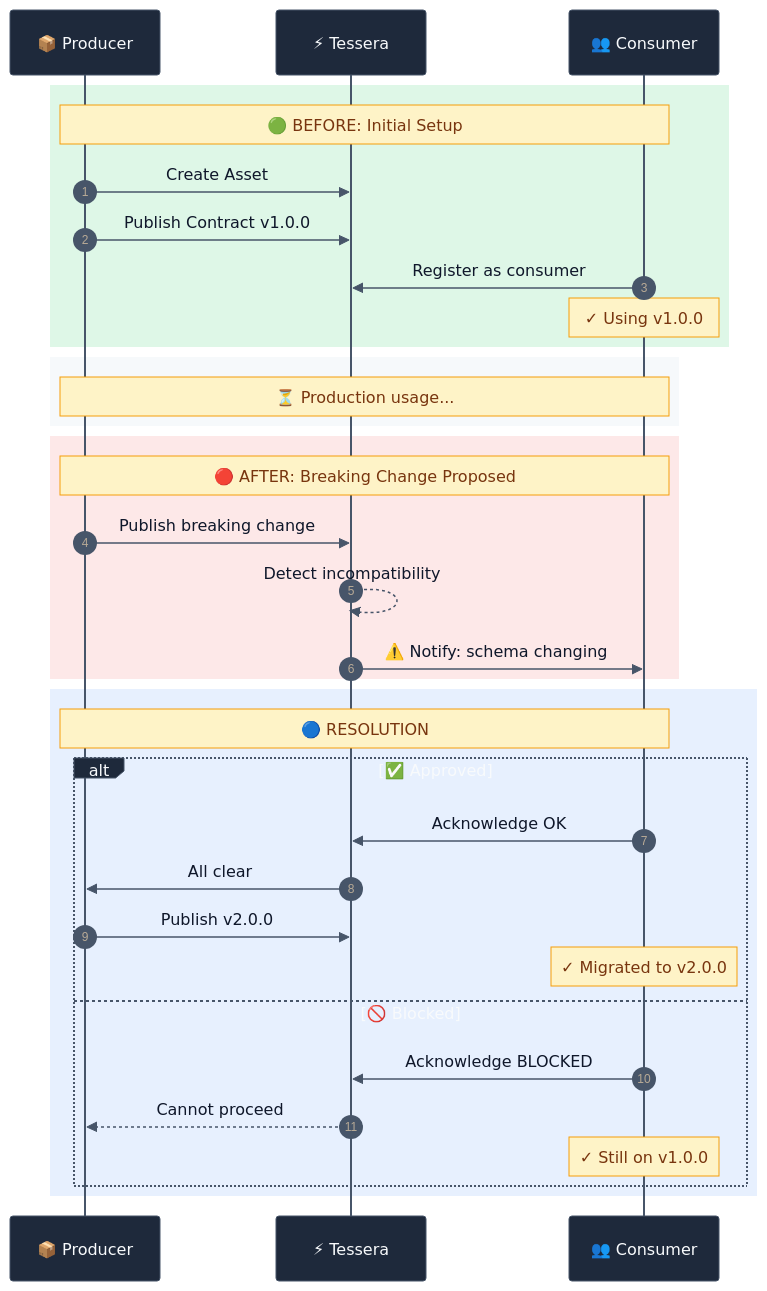
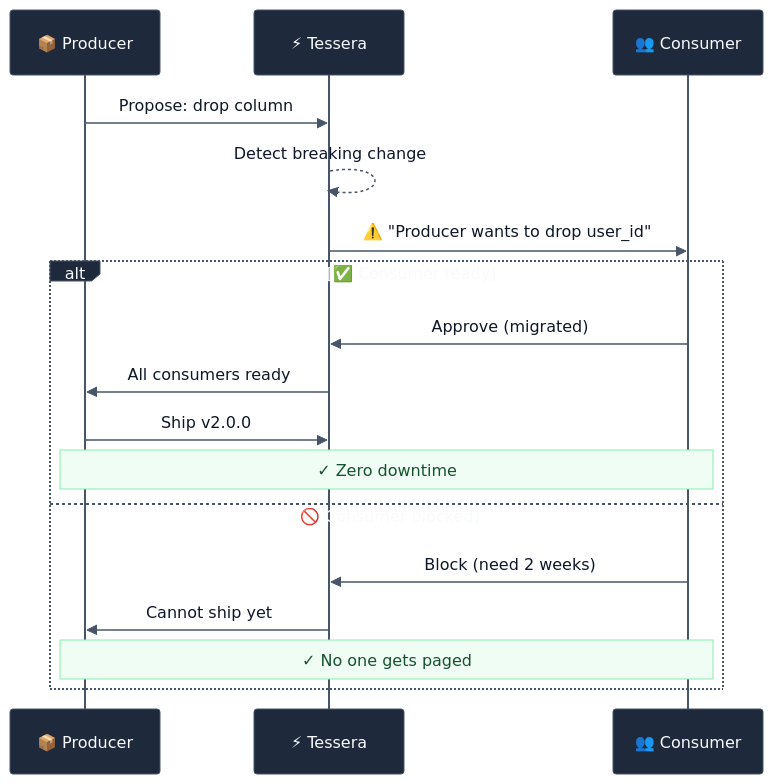
One commit to ashita-ai/tessera changed the second of 2 diagrams in README.md. Above: the diagram before and after it, drawn with Mermaid. The commit also changed other lines of this file, not shown here.

Commit message:
Split diagram into Before/After comparison
Shows the problem (without Tessera) vs the solution (with Tessera):
- Before: Producer drops column, consumer's pipeline breaks at 3am
- After: Tessera coordinates the change, no one gets paged

````diff
--- a/README.md
+++ b/README.md
@@ -13,41 +29,22 @@
 ```mermaid
-%%{init: {'theme': 'base', 'themeVariables': { 'primaryColor': '#6366f1', 'primaryTextColor': '#fff', 'primaryBorderColor': '#4f46e5', 'lineColor': '#475569', 'secondaryColor': '#f1f5f9', 'tertiaryColor': '#f8fafc', 'noteBkgColor': '#fef3c7', 'noteTextColor': '#78350f', 'noteBorderColor': '#f59e0b', 'actorBkg': '#1e293b', 'actorTextColor': '#f8fafc', 'actorBorder': '#475569', 'signalColor': '#475569', 'signalTextColor': '#0f172a'}}}%%
+%%{init: {'theme': 'base', 'themeVariables': { 'primaryColor': '#6366f1', 'primaryTextColor': '#fff', 'primaryBorderColor': '#4f46e5', 'lineColor': '#475569', 'noteBkgColor': '#f0fdf4', 'noteTextColor': '#14532d', 'noteBorderColor': '#86efac', 'actorBkg': '#1e293b', 'actorTextColor': '#f8fafc', 'actorBorder': '#475569', 'signalColor': '#475569', 'signalTextColor': '#0f172a'}}}%%
 sequenceDiagram
-    autonumber
     participant P as 📦 Producer
     participant T as ⚡ Tessera
     participant C as 👥 Consumer
 
-    rect rgba(34, 197, 94, 0.15)
-        Note over P,C: 🟢 BEFORE: Initial Setup
-        P->>T: Create Asset
-        P->>T: Publish Contract v1.0.0
-        C->>T: Register as consumer
-        Note over C: ✓ Using v1.0.0
-    end
+    P->>T: Propose: drop column
+    T-->>T: Detect breaking change
+    T->>C: ⚠️ "Producer wants to drop user_id"
 
-    rect rgba(241, 245, 249, 0.6)
-        Note over P,C: ⏳ Production usage...
-    end
-
-    rect rgba(239, 68, 68, 0.12)
-        Note over P,C: 🔴 AFTER: Breaking Change Proposed
-        P->>T: Publish breaking change
-        T-->>T: Detect incompatibility
-        T->>C: ⚠️ Notify: schema changing
-    end
-
-    rect rgba(59, 130, 246, 0.12)
-        Note over P,C: 🔵 RESOLUTION
-        alt ✅ Approved
-            C->>T: Acknowledge OK
-            T->>P: All clear
-            P->>T: Publish v2.0.0
-            Note over C: ✓ Migrated to v2.0.0
-        else 🚫 Blocked
-            C->>T: Acknowledge BLOCKED
-            T-->>P: Cannot proceed
-            Note over C: ✓ Still on v1.0.0
-        end
+    alt ✅ Consumer ready
+        C->>T: Approve (migrated)
+        T->>P: All consumers ready
+        P->>T: Ship v2.0.0
+        Note over P,C: ✓ Zero downtime
+    else 🚫 Consumer blocked
+        C->>T: Block (need 2 weeks)
+        T->>P: Cannot ship yet
+        Note over P,C: ✓ No one gets paged
     end
 ```
````
